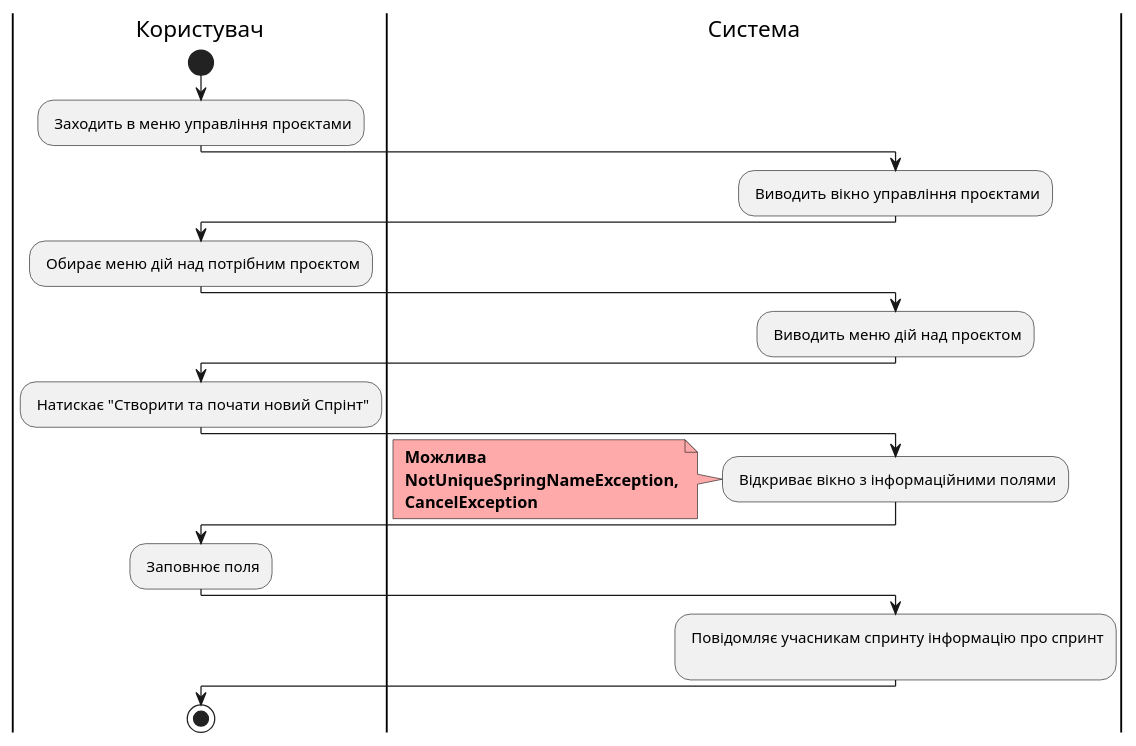
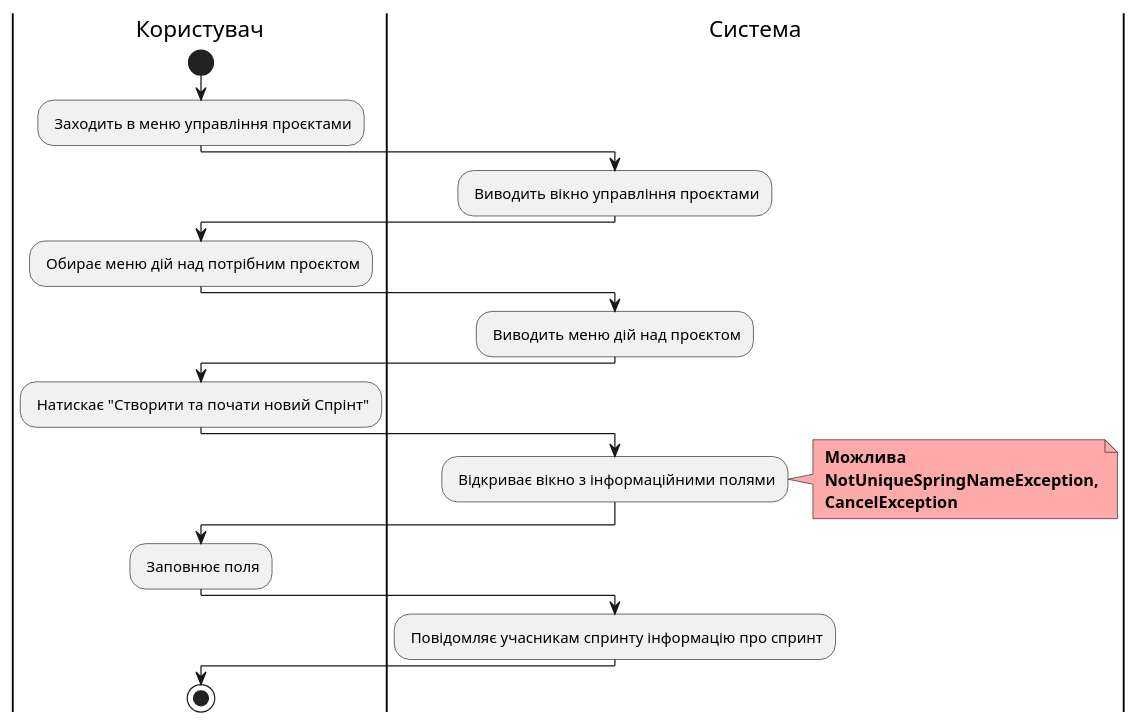
Before and after one commit to witchkaa/databases-course-work: diagram 19 of 23 in docs/use cases/README.md, drawn with PlantUML. The commit also changed other lines of this file, not shown here.

```diff
--- a/docs/use cases/README.md
+++ b/docs/use cases/README.md
@@ -754,36 +754,35 @@
 @startuml
 
-|Користувач|
-start;
-: Заходить в меню управління проєктами;
+    |Користувач|
+    start;
+    : Заходить в меню управління проєктами;
 
-|Система|
+    |Система|
     : Виводить вікно управління проєктами;
 
-|Користувач|
-: Обирає меню дій над потрібним проєктом;
+    |Користувач|
+    : Обирає меню дій над потрібним проєктом;
 
-|Система|
-: Виводить меню дій над проєктом;
+    |Система|
+    : Виводить меню дій над проєктом; 
 
-|Користувач|
-: Натискає "Створити та почати новий Спрінт";
+    |Користувач|
+    : Натискає "Створити та почати новий Спрінт";
 
-|Система|
-: Відкриває вікно з інформаційними полями;
-note left #ffaaaa
-<b> Можлива
-<b> NotUniqueSpringNameException,
-<b> CancelException
-end note
+    |Система|
+    : Відкриває вікно з інформаційними полями;
+    note right #ffaaaa
+    <b> Можлива
+    <b> NotUniqueSpringNameException,
+    <b> CancelException
+    end note
 
-|Користувач|
-: Заповнює поля;
+    |Користувач|
+    : Заповнює поля;
 
-|Система|
-: Повідомляє учасникам спринту інформацію про спринт
-;
+    |Система|
+    : Повідомляє учасникам спринту інформацію про спринт;
 
-|Користувач|
+    |Користувач|
     stop;
 @enduml
```
